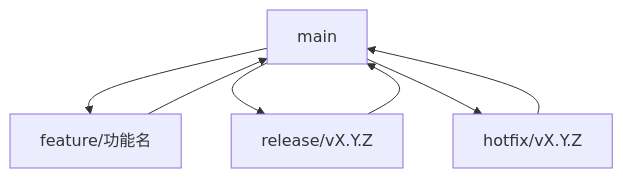
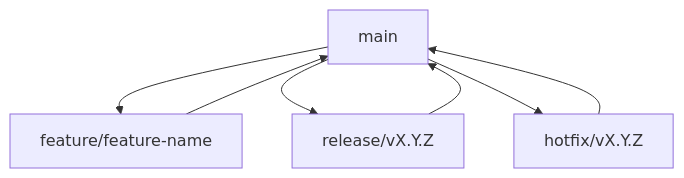
Before and after one commit to fakecore/aim: the diagram in docs/cicd/CI_CD.md, drawn with Mermaid. The commit also changed other lines of this file and 9 other files, not shown here.

````diff
--- a/docs/cicd/CI_CD.md
+++ b/docs/cicd/CI_CD.md
@@ -290,9 +290,9 @@
 ```mermaid
 graph TD
-    A[main] --> B[feature/功能名]
+    A[main] --> B[feature/feature-name]
     A --> C[release/vX.Y.Z]
     A --> D[hotfix/vX.Y.Z]
     B --> A
     C --> A
     D --> A
 ```
````
